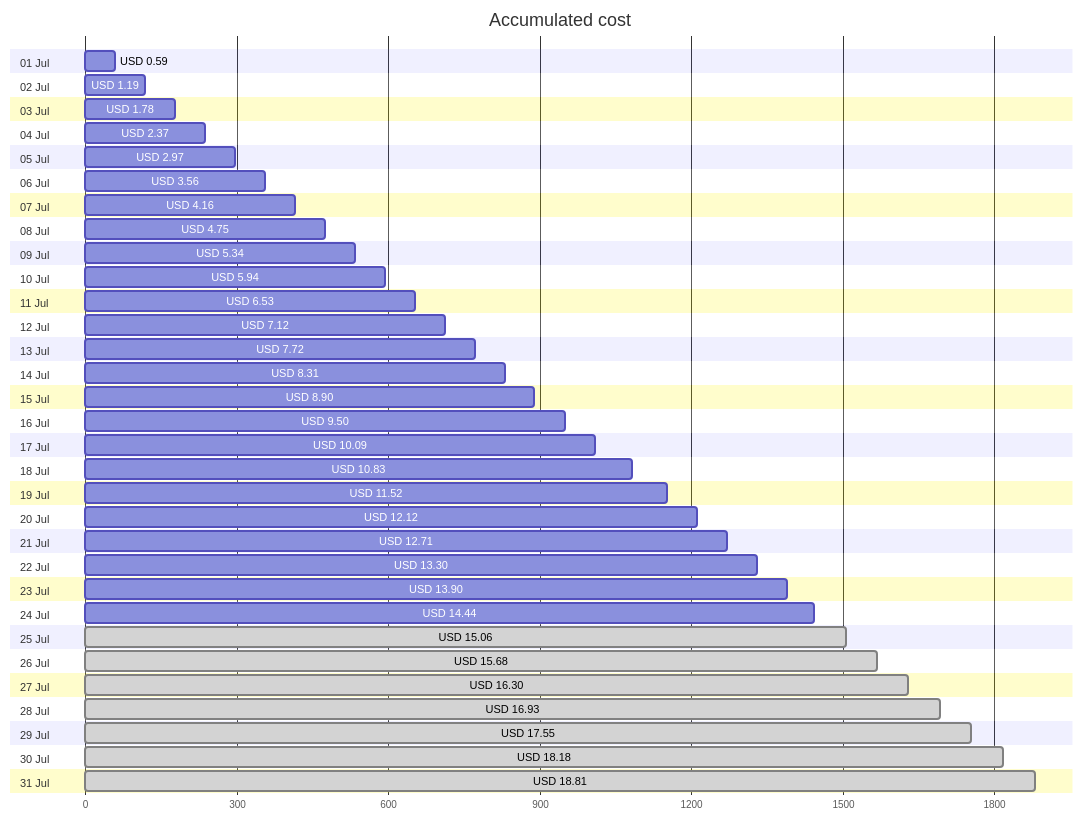
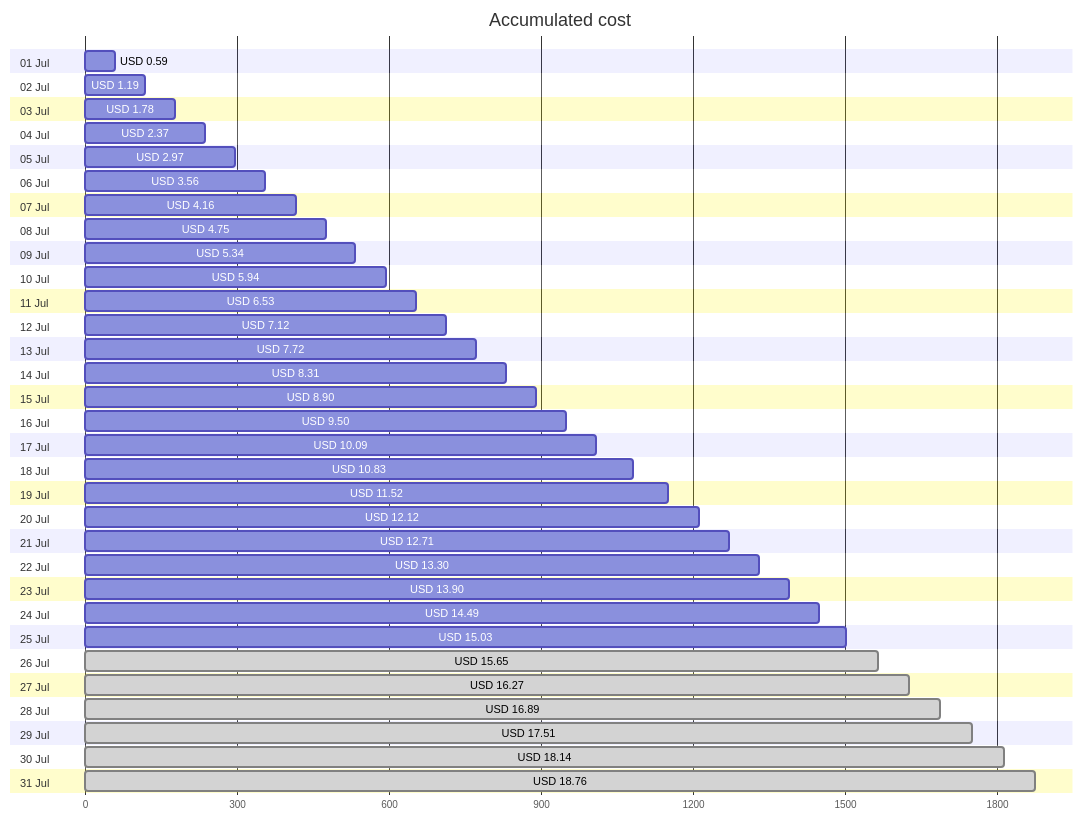
One commit to jpfulton/azure-personal-reports changed the first of 4 diagrams in cost-reports/personal-site/README.md. Above: the diagram before and after it, drawn with Mermaid. The commit also changed other lines of this file and 6 other files, not shown here.

````diff
--- a/cost-reports/personal-site/README.md
+++ b/cost-reports/personal-site/README.md
@@ -20,68 +20,68 @@
 ```mermaid
 gantt
    title Accumulated cost
    dateFormat  X
    axisFormat %s
    section 01 Jul
    USD 0.59 :0, 59
    section 02 Jul
    USD 1.19 :0, 119
    section 03 Jul
    USD 1.78 :0, 178
    section 04 Jul
    USD 2.37 :0, 237
    section 05 Jul
    USD 2.97 :0, 297
    section 06 Jul
    USD 3.56 :0, 356
    section 07 Jul
    USD 4.16 :0, 416
    section 08 Jul
    USD 4.75 :0, 475
    section 09 Jul
    USD 5.34 :0, 534
    section 10 Jul
    USD 5.94 :0, 594
    section 11 Jul
    USD 6.53 :0, 653
    section 12 Jul
    USD 7.12 :0, 712
    section 13 Jul
    USD 7.72 :0, 772
    section 14 Jul
    USD 8.31 :0, 831
    section 15 Jul
    USD 8.90 :0, 890
    section 16 Jul
    USD 9.50 :0, 950
    section 17 Jul
    USD 10.09 :0, 1009
    section 18 Jul
    USD 10.83 :0, 1083
    section 19 Jul
    USD 11.52 :0, 1152
    section 20 Jul
    USD 12.12 :0, 1212
    section 21 Jul
    USD 12.71 :0, 1271
    section 22 Jul
    USD 13.30 :0, 1330
    section 23 Jul
    USD 13.90 :0, 1390
    section 24 Jul
-   USD 14.44 :0, 1444
+   USD 14.49 :0, 1449
    section 25 Jul
-   USD 15.06 : done, 0, 1506
+   USD 15.03 :0, 1503
    section 26 Jul
-   USD 15.68 : done, 0, 1568
+   USD 15.65 : done, 0, 1565
    section 27 Jul
-   USD 16.30 : done, 0, 1630
+   USD 16.27 : done, 0, 1627
    section 28 Jul
-   USD 16.93 : done, 0, 1693
+   USD 16.89 : done, 0, 1689
    section 29 Jul
-   USD 17.55 : done, 0, 1755
+   USD 17.51 : done, 0, 1751
    section 30 Jul
-   USD 18.18 : done, 0, 1818
+   USD 18.14 : done, 0, 1814
    section 31 Jul
-   USD 18.81 : done, 0, 1881
+   USD 18.76 : done, 0, 1876
 ```
````
